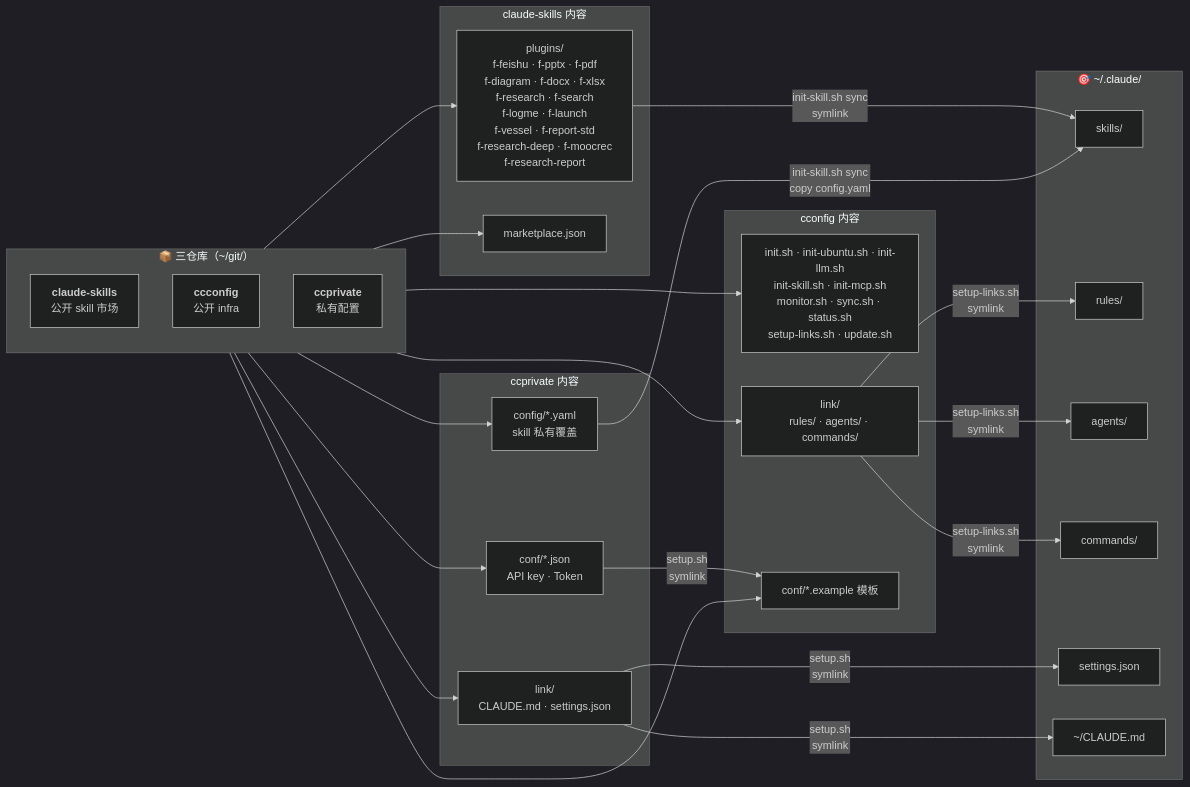
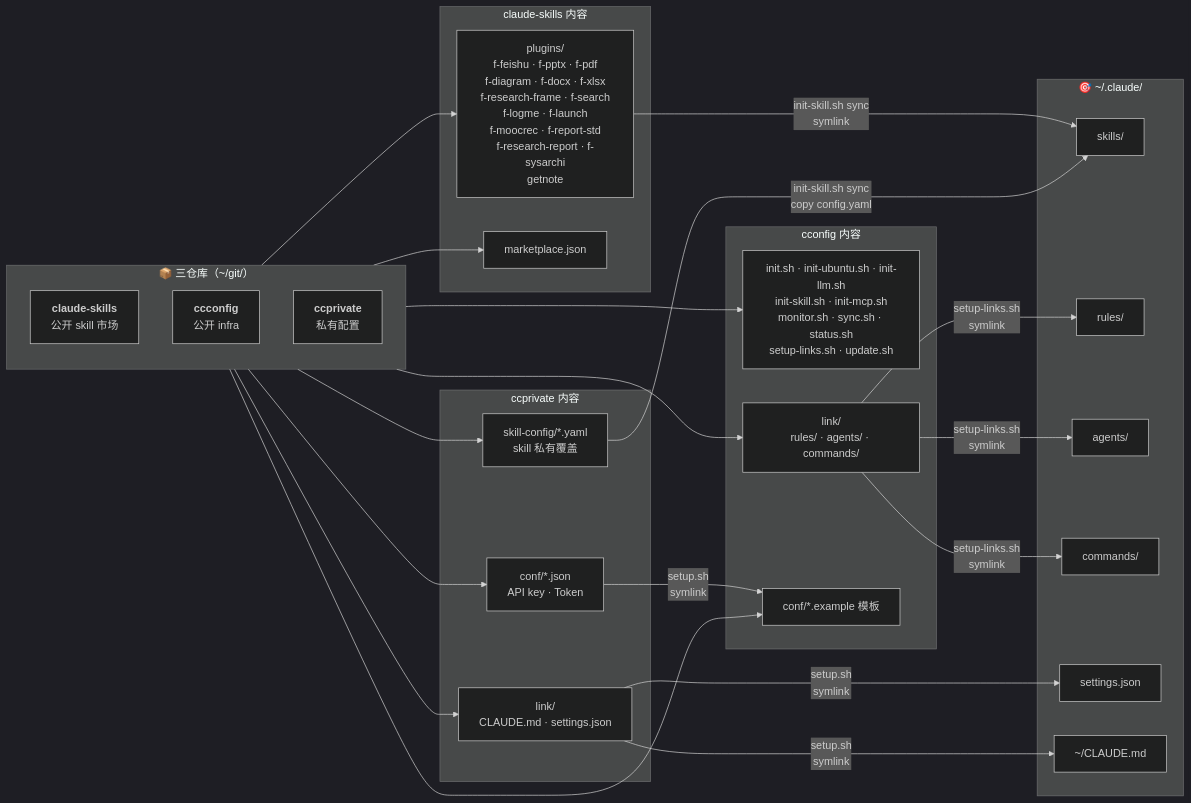
Before and after one commit to mengfanchun2017/ccconfig: the diagram in README.md, drawn with Mermaid (dark theme). The commit also changed other lines of this file and 5 other files, not shown here.

````diff
--- a/README.md
+++ b/README.md
@@ -39,53 +39,53 @@
 ```mermaid
 flowchart LR
   subgraph repos["📦 三仓库（~/git/）"]
     direction TB
     skills["<b>claude-skills</b><br/>公开 skill 市场"]
     ccconfig["<b>ccconfig</b><br/>公开 infra"]
     ccprivate["<b>ccprivate</b><br/>私有配置"]
   end
 
   subgraph skills_content["claude-skills 内容"]
-    plugins["plugins/<br/>f-feishu · f-pptx · f-pdf<br/>f-diagram · f-docx · f-xlsx<br/>f-research · f-search<br/>f-logme · f-launch<br/>f-vessel · f-report-std<br/>f-research-deep · f-moocrec<br/>f-research-report"]
+    plugins["plugins/<br/>f-feishu · f-pptx · f-pdf<br/>f-diagram · f-docx · f-xlsx<br/>f-research-frame · f-search<br/>f-logme · f-launch<br/>f-moocrec · f-report-std<br/>f-research-report · f-sysarchi<br/>getnote"]
     marketplace["marketplace.json"]
   end
 
   subgraph cc_content["cconfig 内容"]
     scripts["init.sh · init-ubuntu.sh · init-llm.sh<br/>init-skill.sh · init-mcp.sh<br/>monitor.sh · sync.sh · status.sh<br/>setup-links.sh · update.sh"]
     link["link/<br/>rules/ · agents/ · commands/"]
     conf["conf/*.example 模板"]
   end
 
   subgraph ccprivate_content["ccprivate 内容"]
     secrets["conf/*.json<br/>API key · Token"]
     personal["link/<br/>CLAUDE.md · settings.json"]
-    overlay["config/*.yaml<br/>skill 私有覆盖"]
+    overlay["skill-config/*.yaml<br/>skill 私有覆盖"]
   end
 
   subgraph target["🎯 ~/.claude/"]
     skills_dir["skills/"]
     rules_dir["rules/"]
     agents_dir["agents/"]
     commands_dir["commands/"]
     settings["settings.json"]
     claude_md["~/CLAUDE.md"]
   end
 
   skills --> plugins
   skills --> marketplace
   ccconfig --> scripts
   ccconfig --> link
   ccconfig --> conf
   ccprivate --> secrets
   ccprivate --> personal
   ccprivate --> overlay
 
   plugins -- "init-skill.sh sync<br/>symlink" --> skills_dir
   overlay -- "init-skill.sh sync<br/>copy config.yaml" --> skills_dir
   link -- "setup-links.sh<br/>symlink" --> rules_dir
   link -- "setup-links.sh<br/>symlink" --> agents_dir
   link -- "setup-links.sh<br/>symlink" --> commands_dir
   personal -- "setup.sh<br/>symlink" --> settings
   personal -- "setup.sh<br/>symlink" --> claude_md
   secrets -- "setup.sh<br/>symlink" --> conf
 ```
````
